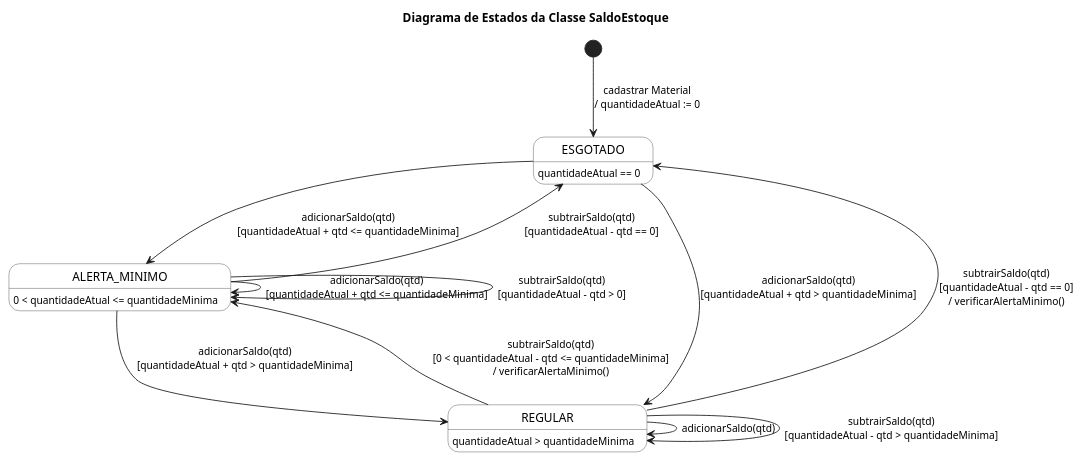
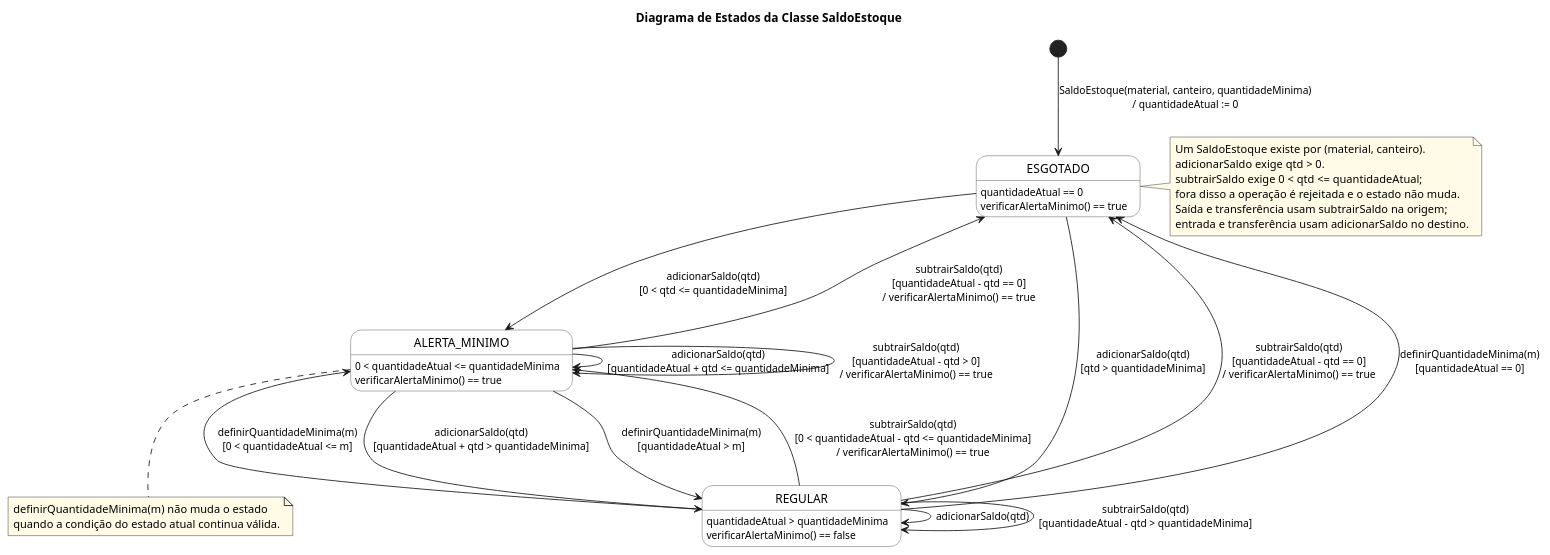
Before and after one commit to bernardoanobrega/oBRAS: the diagram in Diagramas dinamicos/Modulo Estoque/saldoestoque-states.puml, drawn with PlantUML. The commit also changed 7 other files, not shown here.

Commit message:
Atualização dos diagramas dinâmicos do módulo de estoques

```diff
--- a/Diagramas dinamicos/Modulo Estoque/saldoestoque-states.puml
+++ b/Diagramas dinamicos/Modulo Estoque/saldoestoque-states.puml
@@ -1,32 +1,53 @@
 @startuml saldoestoque-states
 title Diagrama de Estados da Classe SaldoEstoque
 
 skinparam state {
     BackgroundColor #FFFFFF
     BorderColor #444444
 }
 skinparam ArrowFontSize 12
 skinparam NoteBackgroundColor #FFFBE6
 hide empty description
 
 ' ===== ESTADOS =====
 state ESGOTADO : quantidadeAtual == 0
+state ESGOTADO : verificarAlertaMinimo() == true
 state ALERTA_MINIMO : 0 < quantidadeAtual <= quantidadeMinima
+state ALERTA_MINIMO : verificarAlertaMinimo() == true
 state REGULAR : quantidadeAtual > quantidadeMinima
+state REGULAR : verificarAlertaMinimo() == false
 
 ' ===== TRANSIÇÕES =====
-[*] --> ESGOTADO : cadastrar Material\n/ quantidadeAtual := 0
+[*] --> ESGOTADO : SaldoEstoque(material, canteiro, quantidadeMinima)\n/ quantidadeAtual := 0
 
-ESGOTADO --> REGULAR : adicionarSaldo(qtd)\n[quantidadeAtual + qtd > quantidadeMinima]
-ESGOTADO --> ALERTA_MINIMO : adicionarSaldo(qtd)\n[quantidadeAtual + qtd <= quantidadeMinima]
+ESGOTADO --> REGULAR : adicionarSaldo(qtd)\n[qtd > quantidadeMinima]
+ESGOTADO --> ALERTA_MINIMO : adicionarSaldo(qtd)\n[0 < qtd <= quantidadeMinima]
 
 REGULAR --> REGULAR : adicionarSaldo(qtd)
 REGULAR --> REGULAR : subtrairSaldo(qtd)\n[quantidadeAtual - qtd > quantidadeMinima]
-REGULAR --> ALERTA_MINIMO : subtrairSaldo(qtd)\n[0 < quantidadeAtual - qtd <= quantidadeMinima]\n/ verificarAlertaMinimo()
-REGULAR --> ESGOTADO : subtrairSaldo(qtd)\n[quantidadeAtual - qtd == 0]\n/ verificarAlertaMinimo()
+REGULAR --> ALERTA_MINIMO : subtrairSaldo(qtd)\n[0 < quantidadeAtual - qtd <= quantidadeMinima]\n/ verificarAlertaMinimo() == true
+REGULAR --> ESGOTADO : subtrairSaldo(qtd)\n[quantidadeAtual - qtd == 0]\n/ verificarAlertaMinimo() == true
 
 ALERTA_MINIMO --> REGULAR : adicionarSaldo(qtd)\n[quantidadeAtual + qtd > quantidadeMinima]
 ALERTA_MINIMO --> ALERTA_MINIMO : adicionarSaldo(qtd)\n[quantidadeAtual + qtd <= quantidadeMinima]
-ALERTA_MINIMO --> ALERTA_MINIMO : subtrairSaldo(qtd)\n[quantidadeAtual - qtd > 0]
-ALERTA_MINIMO --> ESGOTADO : subtrairSaldo(qtd)\n[quantidadeAtual - qtd == 0]
+ALERTA_MINIMO --> ALERTA_MINIMO : subtrairSaldo(qtd)\n[quantidadeAtual - qtd > 0]\n/ verificarAlertaMinimo() == true
+ALERTA_MINIMO --> ESGOTADO : subtrairSaldo(qtd)\n[quantidadeAtual - qtd == 0]\n/ verificarAlertaMinimo() == true
+
+REGULAR --> ALERTA_MINIMO : definirQuantidadeMinima(m)\n[0 < quantidadeAtual <= m]
+REGULAR --> ESGOTADO : definirQuantidadeMinima(m)\n[quantidadeAtual == 0]
+ALERTA_MINIMO --> REGULAR : definirQuantidadeMinima(m)\n[quantidadeAtual > m]
+
+note right of ESGOTADO
+  Um SaldoEstoque existe por (material, canteiro).
+  adicionarSaldo exige qtd > 0.
+  subtrairSaldo exige 0 < qtd <= quantidadeAtual;
+  fora disso a operação é rejeitada e o estado não muda.
+  Saída e transferência usam subtrairSaldo na origem;
+  entrada e transferência usam adicionarSaldo no destino.
+end note
+
+note bottom of ALERTA_MINIMO
+  definirQuantidadeMinima(m) não muda o estado
+  quando a condição do estado atual continua válida.
+end note
 @enduml
```
